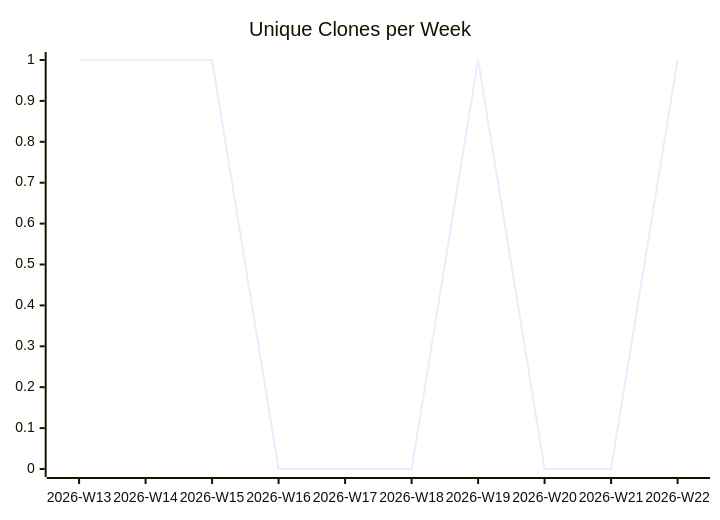
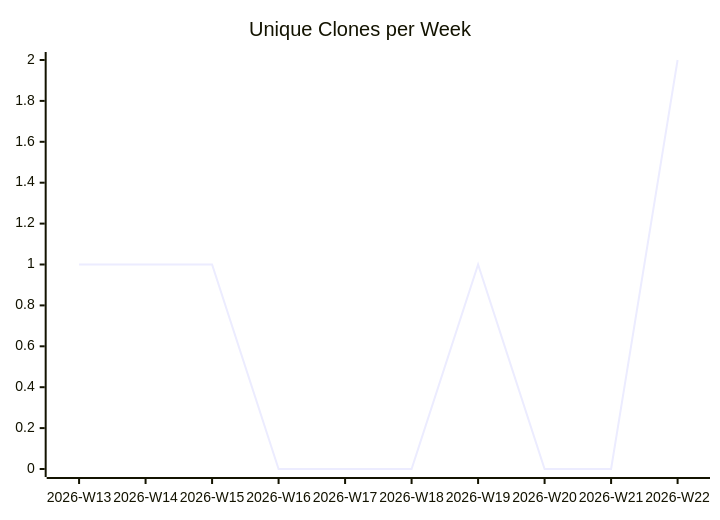
The third of 3 diagrams in karlmdavis/ansible-roles/README.md (justdavis-family/github-analytics-data), drawn with Mermaid before and after one commit. The commit also changed other lines of this file and 189 other files, not shown here.

````diff
--- a/karlmdavis/ansible-roles/README.md
+++ b/karlmdavis/ansible-roles/README.md
@@ -19,6 +19,6 @@
 ```mermaid
 xychart-beta
   title "Unique Clones per Week"
   x-axis ["2026-W13", "2026-W14", "2026-W15", "2026-W16", "2026-W17", "2026-W18", "2026-W19", "2026-W20", "2026-W21", "2026-W22"]
-  line [1, 1, 1, 0, 0, 0, 1, 0, 0, 1]
+  line [1, 1, 1, 0, 0, 0, 1, 0, 0, 2]
 ```
````
